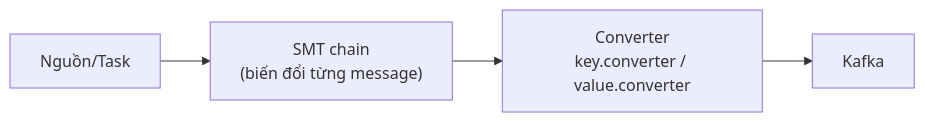
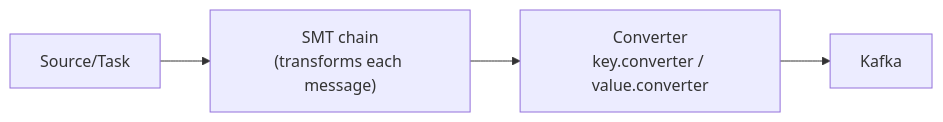
Before and after one commit to vuhoang001/knowledge: the second of 4 diagrams in i18n/en/docusaurus-plugin-content-docs/current/etl/kafka/skills/kafka-connect-cdc.md, drawn with Mermaid. The commit also changed other lines of this file and 21 other files, not shown here.

````diff
--- a/i18n/en/docusaurus-plugin-content-docs/current/etl/kafka/skills/kafka-connect-cdc.md
+++ b/i18n/en/docusaurus-plugin-content-docs/current/etl/kafka/skills/kafka-connect-cdc.md
@@ -68,6 +67,6 @@
 ```mermaid
 flowchart LR
-  A[Nguồn/Task] --> B["SMT chain<br/>(biến đổi từng message)"]
+  A[Source/Task] --> B["SMT chain<br/>(transforms each message)"]
   B --> C["Converter<br/>key.converter / value.converter"]
   C --> D[Kafka]
 ```
````
